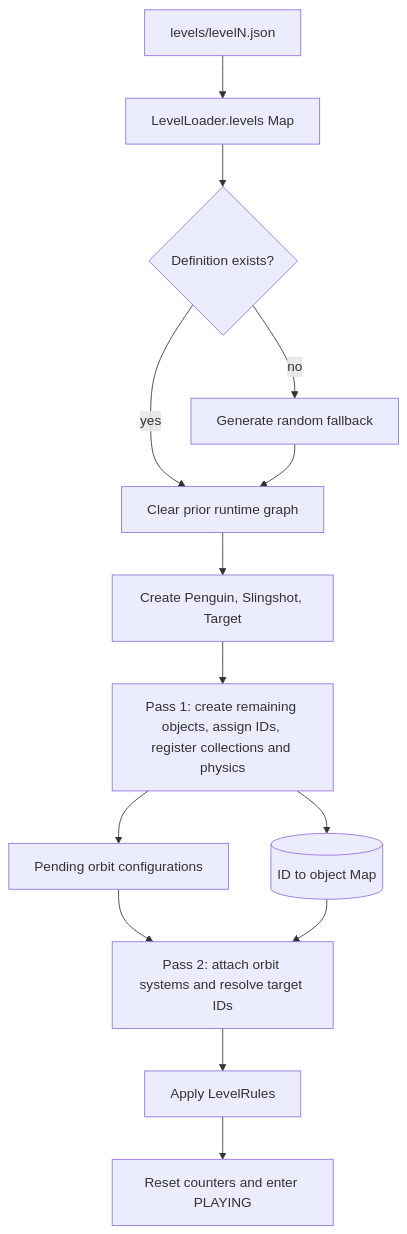
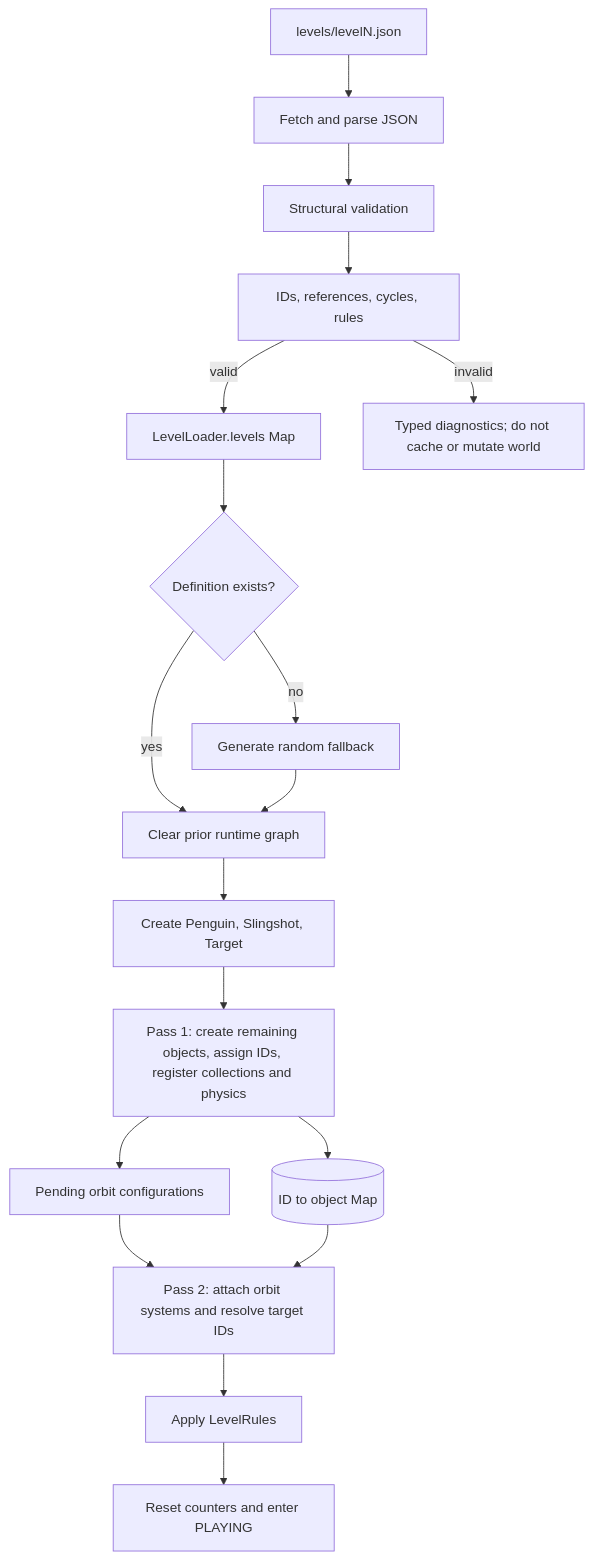
The ninth of 14 diagrams in ARCHITECTURE.md (Newah1/SpacedPenguin), drawn with Mermaid before and after one commit. The commit also changed other lines of this file and 19 other files, not shown here.

````diff
--- a/ARCHITECTURE.md
+++ b/ARCHITECTURE.md
@@ -290,16 +294,20 @@
 ```mermaid
 flowchart TB
-    Files[levels/levelN.json] --> Cache[LevelLoader.levels Map]
+    Files[levels/levelN.json] --> Parse[Fetch and parse JSON]
+    Parse --> Shape[Structural validation]
+    Shape --> Semantics[IDs, references, cycles, rules]
+    Semantics -->|valid| Cache[LevelLoader.levels Map]
+    Semantics -->|invalid| Diagnostics[Typed diagnostics; do not cache or mutate world]
     Cache --> Select{Definition exists?}
     Select -->|yes| Reset[Clear prior runtime graph]
     Select -->|no| Generate[Generate random fallback]
     Generate --> Reset
     Reset --> Core[Create Penguin, Slingshot, Target]
     Core --> Pass1[Pass 1: create remaining objects, assign IDs, register collections and physics]
     Pass1 --> Lookup[(ID to object Map)]
     Pass1 --> Pending[Pending orbit configurations]
     Pending --> Pass2[Pass 2: attach orbit systems and resolve target IDs]
     Lookup --> Pass2
     Pass2 --> Rules[Apply LevelRules]
     Rules --> Playing[Reset counters and enter PLAYING]
 ```
````
